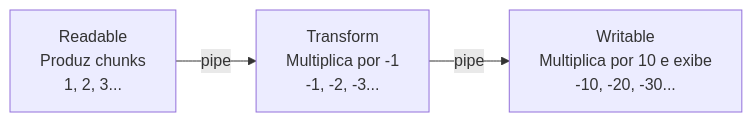
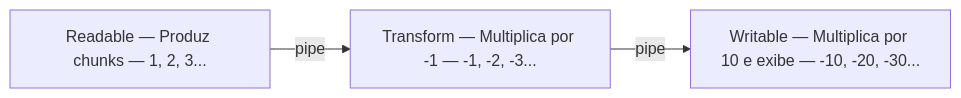
The first of 4 diagrams in src/streams/README.md (van-gomes/fundamentals-node-rocketseat), drawn with Mermaid before and after one commit. The commit also changed other lines of this file, not shown here.

````diff
--- a/src/streams/README.md
+++ b/src/streams/README.md
@@ -7,5 +7,5 @@
 ```mermaid
 flowchart LR
-    A[Readable<br/>Produz chunks<br/>1, 2, 3...] -->|pipe| B[Transform<br/>Multiplica por -1<br/>-1, -2, -3...]
-    B -->|pipe| C[Writable<br/>Multiplica por 10 e exibe<br/>-10, -20, -30...]
+    A["Readable — Produz chunks — 1, 2, 3..."] -->|pipe| B["Transform — Multiplica por -1 — -1, -2, -3..."]
+    B -->|pipe| C["Writable — Multiplica por 10 e exibe — -10, -20, -30..."]
 ```
````
